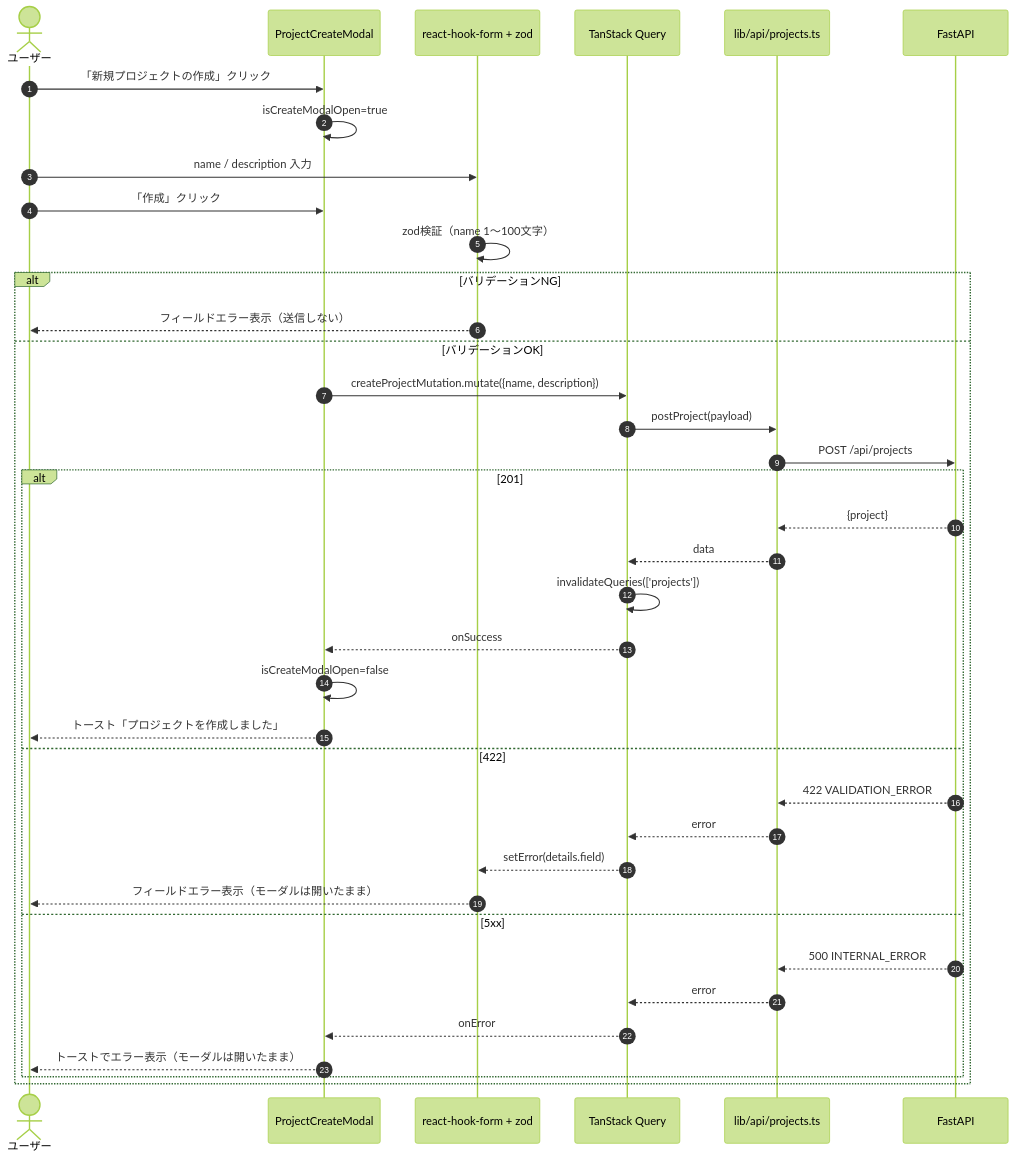
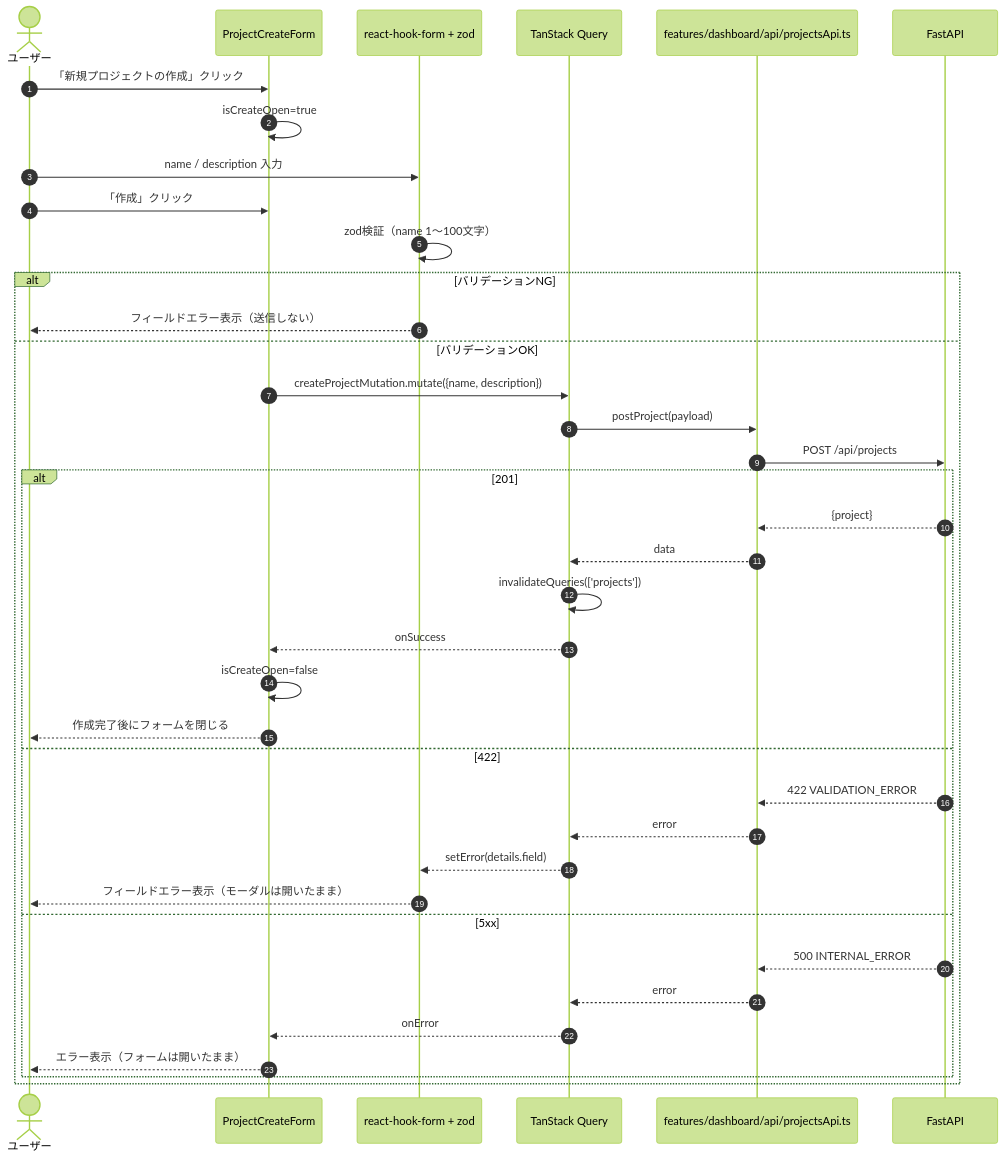
Before and after one commit to oikawa-d/task_management: the third of 5 diagrams in docs/detailed_design/screen/06_dashboard.md, drawn with Mermaid (forest theme). The commit also changed other lines of this file and 73 other files, not shown here.

````diff
--- a/docs/detailed_design/screen/06_dashboard.md
+++ b/docs/detailed_design/screen/06_dashboard.md
@@ -162,41 +162,41 @@
 ```mermaid
 sequenceDiagram
     autonumber
     actor U as ユーザー
-    participant PCM as ProjectCreateModal
+    participant PCF as ProjectCreateForm
     participant RHF as react-hook-form + zod
     participant Q as TanStack Query
-    participant EP as lib/api/projects.ts
+    participant EP as features/dashboard/api/projectsApi.ts
     participant API as FastAPI
 
-    U->>PCM: 「新規プロジェクトの作成」クリック
-    PCM->>PCM: isCreateModalOpen=true
+    U->>PCF: 「新規プロジェクトの作成」クリック
+    PCF->>PCF: isCreateOpen=true
     U->>RHF: name / description 入力
-    U->>PCM: 「作成」クリック
+    U->>PCF: 「作成」クリック
     RHF->>RHF: zod検証（name 1〜100文字）
     alt バリデーションNG
         RHF-->>U: フィールドエラー表示（送信しない）
     else バリデーションOK
-        PCM->>Q: createProjectMutation.mutate({name, description})
+        PCF->>Q: createProjectMutation.mutate({name, description})
         Q->>EP: postProject(payload)
         EP->>API: POST /api/projects
         alt 201
             API-->>EP: {project}
             EP-->>Q: data
             Q->>Q: invalidateQueries(['projects'])
-            Q-->>PCM: onSuccess
-            PCM->>PCM: isCreateModalOpen=false
-            PCM-->>U: トースト「プロジェクトを作成しました」
+            Q-->>PCF: onSuccess
+            PCF->>PCF: isCreateOpen=false
+            PCF-->>U: 作成完了後にフォームを閉じる
         else 422
             API-->>EP: 422 VALIDATION_ERROR
             EP-->>Q: error
             Q-->>RHF: setError(details.field)
             RHF-->>U: フィールドエラー表示（モーダルは開いたまま）
         else 5xx
             API-->>EP: 500 INTERNAL_ERROR
             EP-->>Q: error
-            Q-->>PCM: onError
-            PCM-->>U: トーストでエラー表示（モーダルは開いたまま）
+            Q-->>PCF: onError
+            PCF-->>U: エラー表示（フォームは開いたまま）
         end
     end
 ```
````
